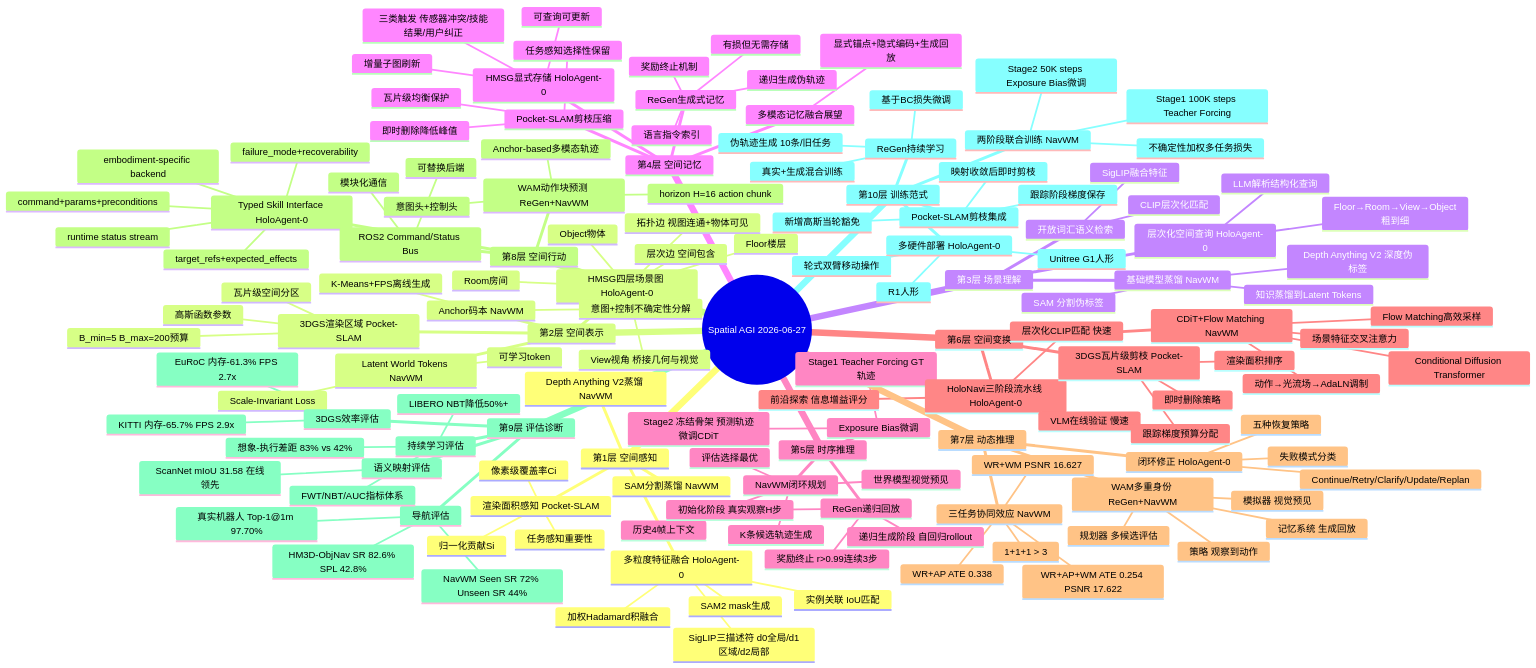
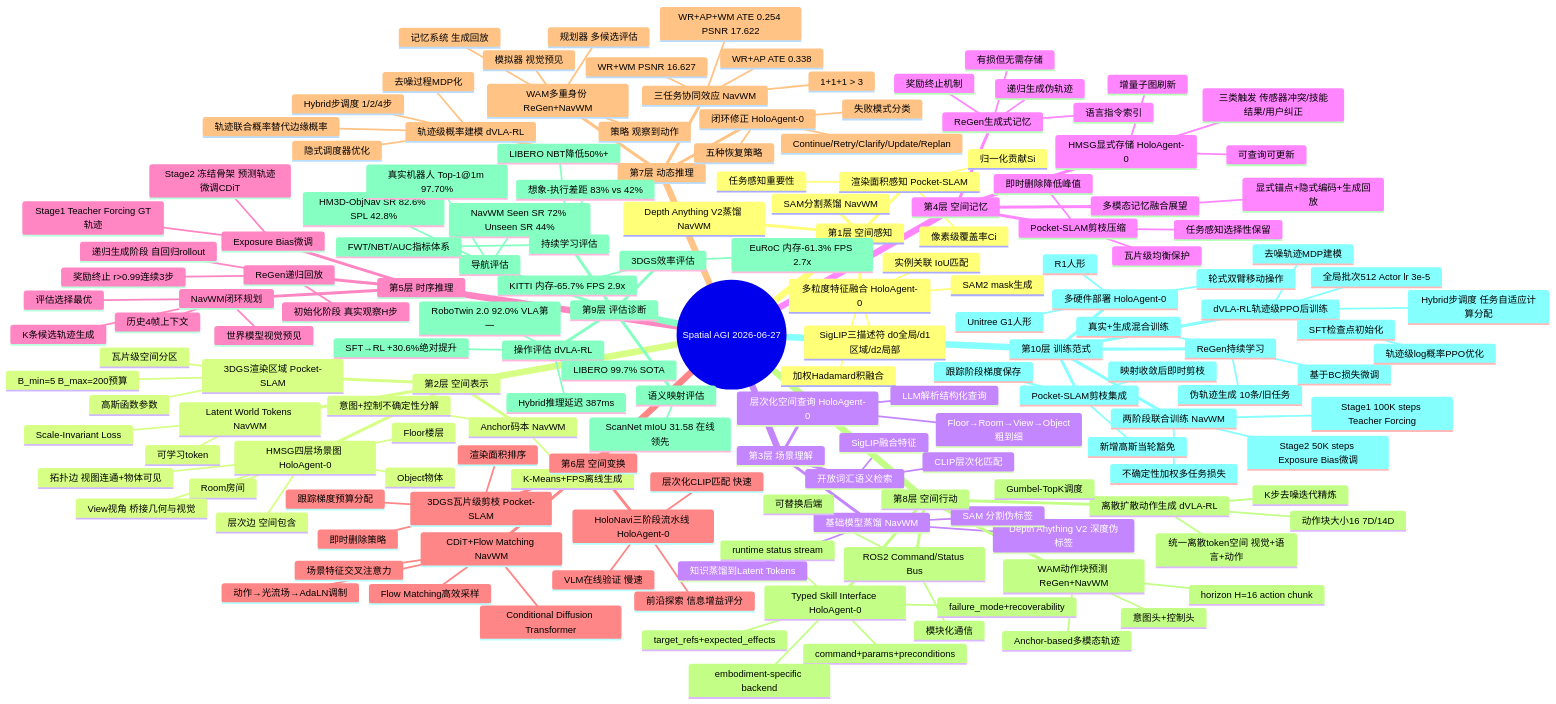
Before and after one commit to ahangchen/spatial_agi: the fourth of 5 diagrams in daily_thinking/2026-06-27.md, drawn with Mermaid. The commit also changed other lines of this file, not shown here.

Commit message:
feat: integrate dVLA-RL as 5th paper into 2026-06-27 daily thinking

````diff
--- a/daily_thinking/2026-06-27.md
+++ b/daily_thinking/2026-06-27.md
@@ -360,6 +391,11 @@
         模拟器 视觉预见
         记忆系统 生成回放
         规划器 多候选评估
+      轨迹级概率建模 dVLA-RL
+        去噪过程MDP化
+        轨迹联合概率替代边缘概率
+        隐式调度器优化
+        Hybrid步调度 1/2/4步
     第8层 空间行动
       Typed Skill Interface HoloAgent-0
         command+params+preconditions
@@ -371,6 +407,11 @@
         horizon H=16 action chunk
         Anchor-based多模态轨迹
         意图头+控制头
+      离散扩散动作生成 dVLA-RL
+        统一离散token空间 视觉+语言+动作
+        K步去噪迭代精炼
+        Gumbel-TopK调度
+        动作块大小16 7D/14D
       ROS2 Command/Status Bus
         模块化通信
         可替换后端
@@ -388,6 +429,11 @@
       3DGS效率评估
         KITTI 内存-65.7% FPS 2.9x
         EuRoC 内存-61.3% FPS 2.7x
+      操作评估 dVLA-RL
+        LIBERO 99.7% SOTA
+        RoboTwin 2.0 92.0% VLA第一
+        SFT→RL +30.6%绝对提升
+        Hybrid推理延迟 387ms
     第10层 训练范式
       两阶段联合训练 NavWM
         Stage1 100K steps Teacher Forcing
@@ -405,4 +451,10 @@
         Unitree G1人形
         R1人形
         轮式双臂移动操作
+      dVLA-RL轨迹级PPO后训练
+        SFT检查点初始化
+        去噪轨迹MDP建模
+        轨迹级log概率PPO优化
+        Hybrid步调度 任务自适应计算分配
+        全局批次512 Actor lr 3e-5
 ```
````
